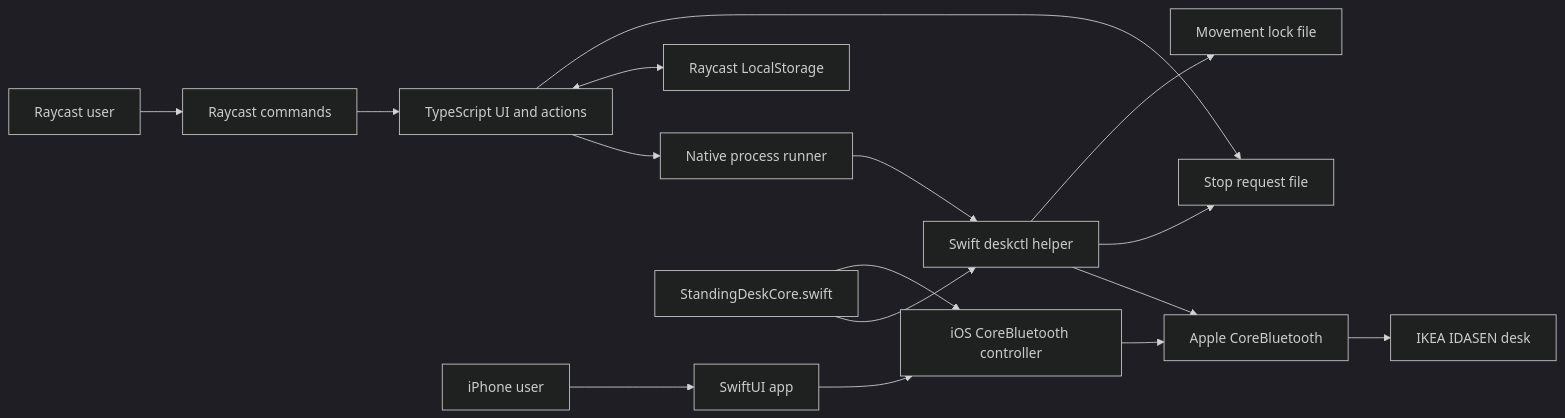
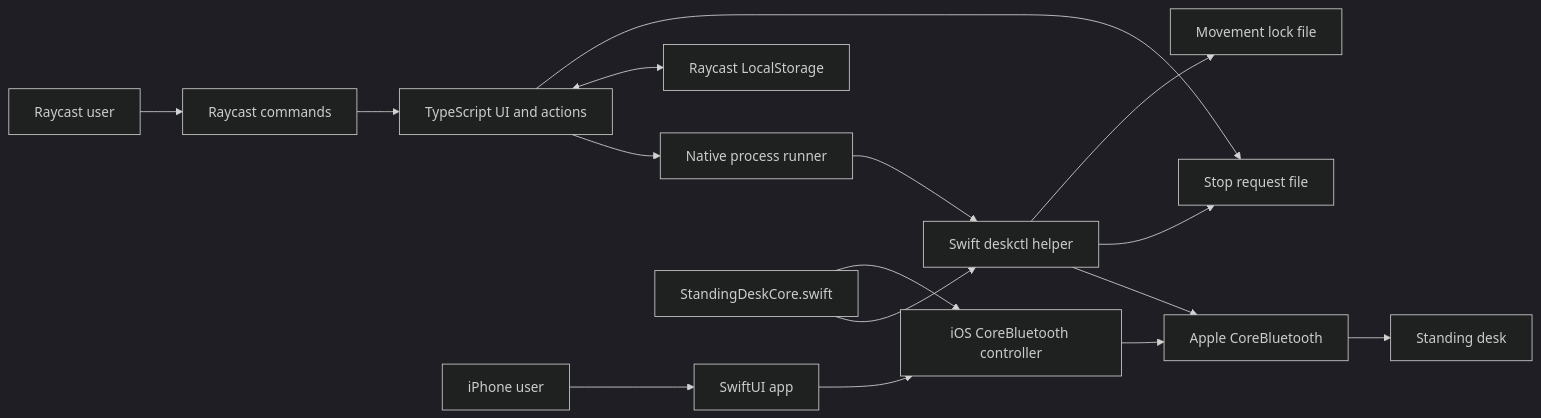
Before and after one commit to cris7ian/raycast-standing-desk: the diagram in docs/ARCHITECTURE.md, drawn with Mermaid (dark theme). The commit also changed 5 other files, not shown here.

````diff
--- a/docs/ARCHITECTURE.md
+++ b/docs/ARCHITECTURE.md
@@ -9,18 +9,18 @@
 ```mermaid
 flowchart LR
     User[Raycast user] --> Commands[Raycast commands]
     Commands --> UI[TypeScript UI and actions]
     UI --> Runner[Native process runner]
     Runner --> Helper[Swift deskctl helper]
     Helper --> CoreBluetooth[Apple CoreBluetooth]
-    CoreBluetooth --> Desk[IKEA IDASEN desk]
+    CoreBluetooth --> Desk[Standing desk]
     UI <--> Storage[Raycast LocalStorage]
     UI --> StopFile[Stop request file]
     Helper --> StopFile
     Helper --> Lock[Movement lock file]
     PhoneUser[iPhone user] --> IOS[SwiftUI app]
     IOS --> IOSBLE[iOS CoreBluetooth controller]
     IOSBLE --> CoreBluetooth
     Shared[StandingDeskCore.swift] --> Helper
     Shared --> IOSBLE
 ```
````
